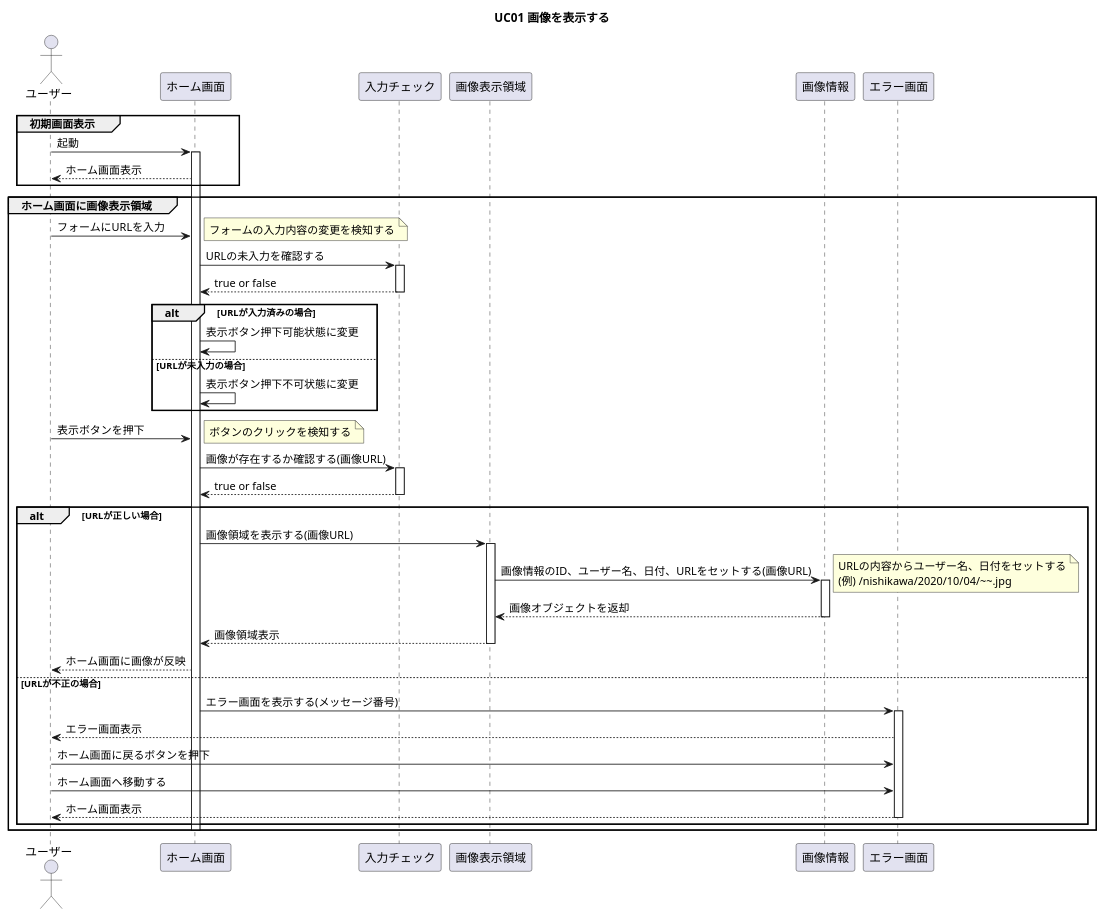
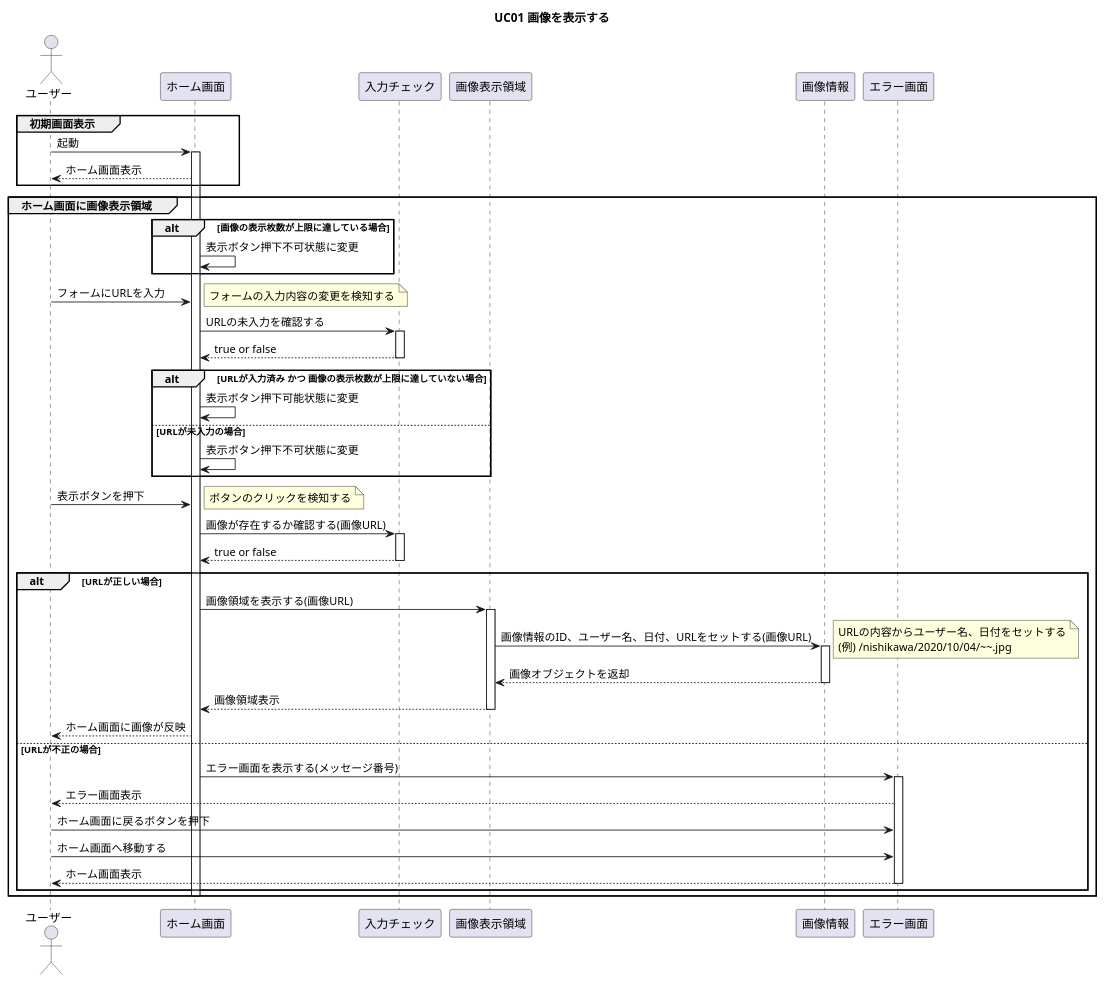
Before and after one commit to nishikawa1114/FaceEmotionSystem: the diagram in doc/uml/seqDiag01.pu, drawn with PlantUML. The commit also changed 2 other files, not shown here.

Commit message:
クラス図シーケンス図修正

```diff
--- a/doc/uml/seqDiag01.pu
+++ b/doc/uml/seqDiag01.pu
@@ -1,69 +1,74 @@
 @startuml
 title UC01 画像を表示する
 
 actor ユーザー
 participant ホーム画面
 participant 入力チェック
 participant 画像表示領域
 participant 画像情報
 participant エラー画面
 
 group 初期画面表示
 ユーザー -> ホーム画面 : 起動
 activate ホーム画面
 ユーザー <-- ホーム画面 : ホーム画面表示
 end
 
 group ホーム画面に画像表示領域
+
+alt 画像の表示枚数が上限に達している場合
+ホーム画面 -> ホーム画面 : 表示ボタン押下不可状態に変更
+end
+
 ユーザー -> ホーム画面 : フォームにURLを入力
 note right : フォームの入力内容の変更を検知する
 ホーム画面 -> 入力チェック : URLの未入力を確認する
 activate 入力チェック
 ホーム画面 <-- 入力チェック : true or false
 deactivate 入力チェック
 
-alt URLが入力済みの場合
+alt URLが入力済み かつ 画像の表示枚数が上限に達していない場合
 ホーム画面 -> ホーム画面 : 表示ボタン押下可能状態に変更
 else URLが未入力の場合
 ホーム画面 -> ホーム画面 : 表示ボタン押下不可状態に変更
 end
 
 ユーザー -> ホーム画面 : 表示ボタンを押下
 note right : ボタンのクリックを検知する
 ホーム画面 -> 入力チェック : 画像が存在するか確認する(画像URL)
 activate 入力チェック
 ホーム画面 <-- 入力チェック : true or false
 deactivate 入力チェック
 
 alt URLが正しい場合
 
 ホーム画面 -> 画像表示領域 : 画像領域を表示する(画像URL)
 activate 画像表示領域
 画像表示領域 -> 画像情報 : 画像情報のID、ユーザー名、日付、URLをセットする(画像URL)
 note right
 URLの内容からユーザー名、日付をセットする
 (例) ~/nishikawa/2020/10/04/~~~.jpg
 end note
 activate 画像情報
 画像表示領域 <-- 画像情報 : 画像オブジェクトを返却
 deactivate 画像情報
 ホーム画面 <-- 画像表示領域 : 画像領域表示
 deactivate 画像表示領域 
 ユーザー <-- ホーム画面 : ホーム画面に画像が反映
 
 else URLが不正の場合
 ホーム画面 -> エラー画面 : エラー画面を表示する(メッセージ番号)
 activate エラー画面
 ユーザー <-- エラー画面 : エラー画面表示
 ユーザー -> エラー画面 : ホーム画面に戻るボタンを押下
 ユーザー -> エラー画面 : ホーム画面へ移動する
 ユーザー <-- エラー画面 : ホーム画面表示
 deactivate エラー画面
 
 end
 
 deactivate ホーム画面
 
 end
 
 @enduml
```
